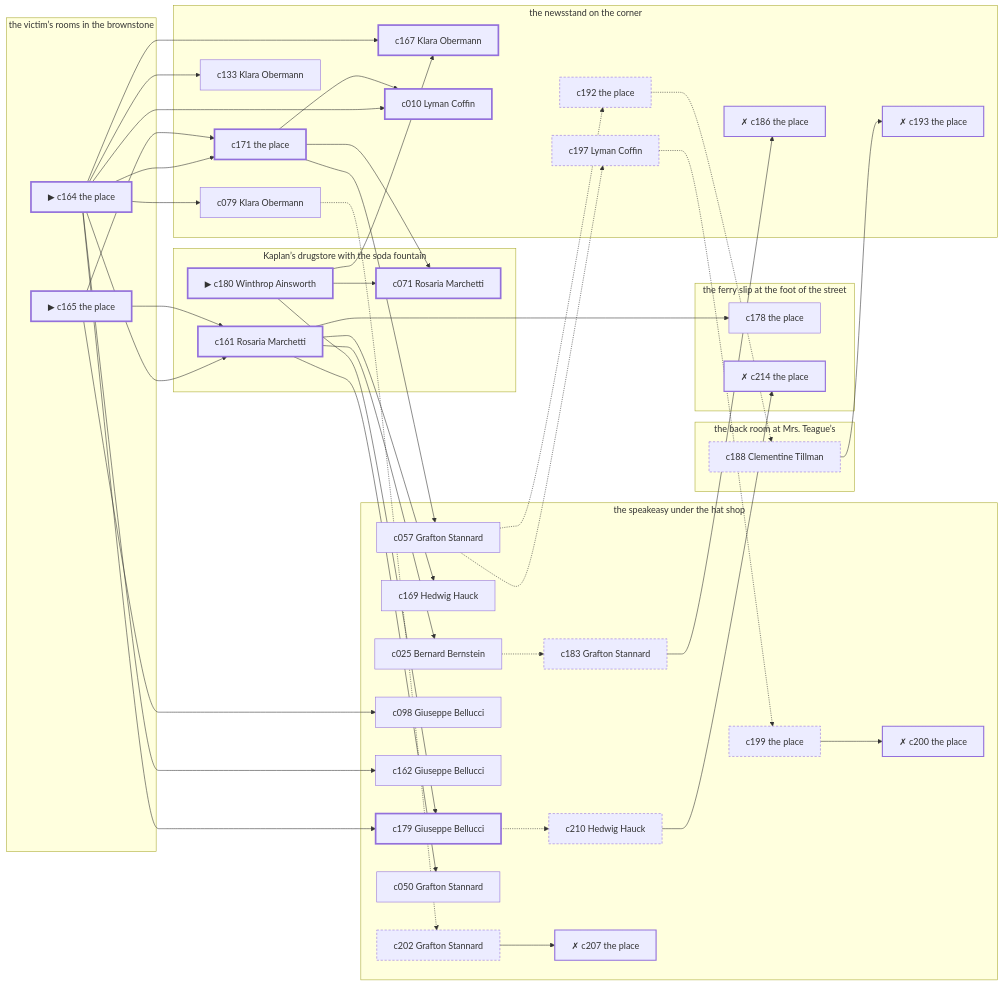
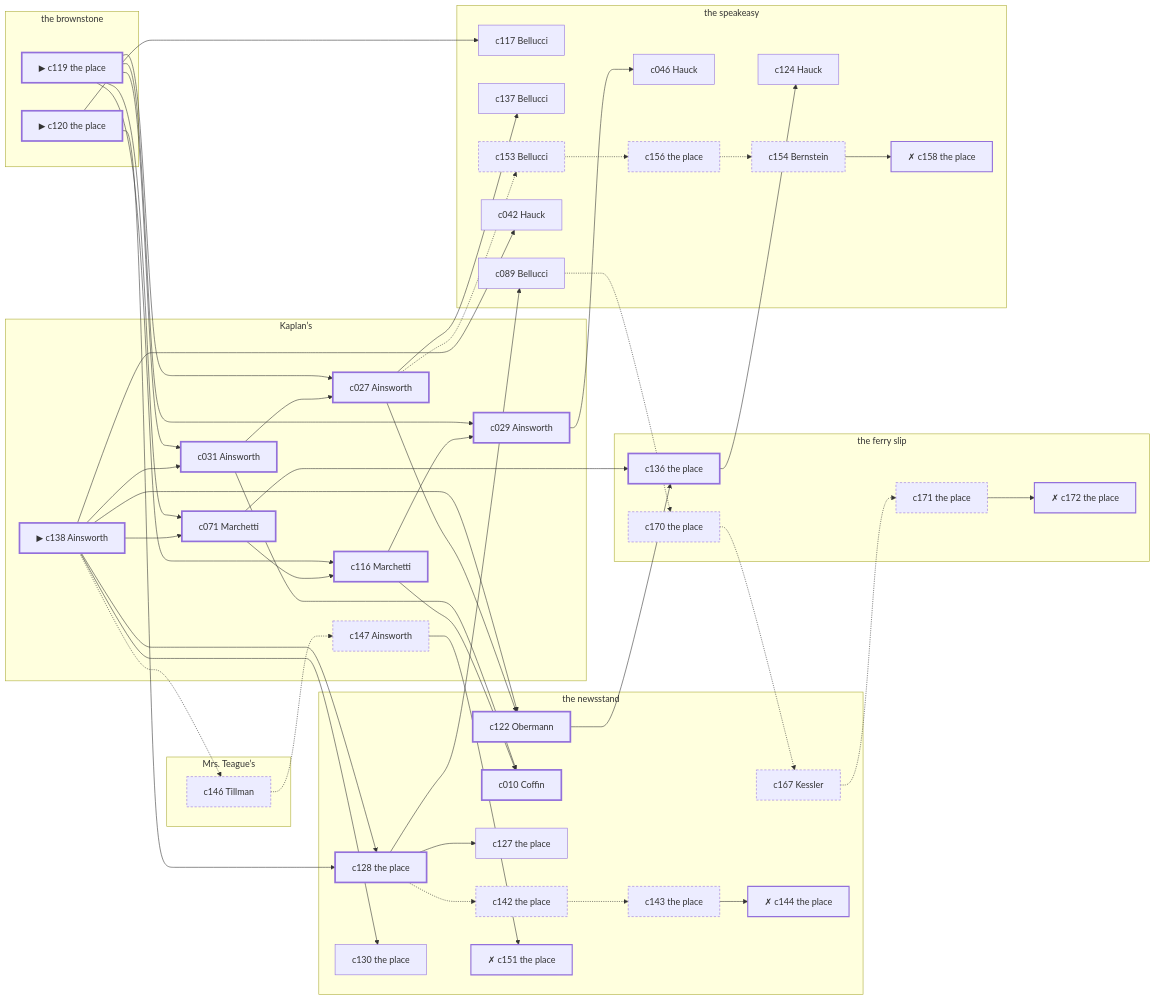
The diagram in docs/samples/case-6.md (lyamshin/dashiell), drawn with Mermaid before and after one commit. The commit also changed other lines of this file and 60 other files, not shown here.

````diff
--- a/docs/samples/case-6.md
+++ b/docs/samples/case-6.md
@@ -305,86 +317,97 @@
 ```mermaid
 graph LR
-  subgraph P1["Kaplan’s drugstore with the soda fountain"]
-    c180["▶ c180 Winthrop Ainsworth"]
-    c071["c071 Rosaria Marchetti"]
-    c161["c161 Rosaria Marchetti"]
+  subgraph P1["Kaplan’s"]
+    c138["▶ c138 Ainsworth"]
+    c031["c031 Ainsworth"]
+    c027["c027 Ainsworth"]
+    c071["c071 Marchetti"]
+    c116["c116 Marchetti"]
+    c029["c029 Ainsworth"]
+    c147["c147 Ainsworth"]
   end
-  subgraph P2["the newsstand on the corner"]
+  subgraph P2["the newsstand"]
+    c122["c122 Obermann"]
+    c128["c128 the place"]
+    c010["c010 Coffin"]
+    c130["c130 the place"]
+    c127["c127 the place"]
+    c167["c167 Kessler"]
+    c142["c142 the place"]
+    c143["c143 the place"]
+    c144["✗ c144 the place"]
+    c151["✗ c151 the place"]
+  end
+  subgraph P3["Mrs. Teague’s"]
+    c146["c146 Tillman"]
+  end
+  subgraph P4["the brownstone"]
+    c119["▶ c119 the place"]
+    c120["▶ c120 the place"]
+  end
+  subgraph P5["the ferry slip"]
+    c136["c136 the place"]
+    c170["c170 the place"]
     c171["c171 the place"]
-    c167["c167 Klara Obermann"]
-    c010["c010 Lyman Coffin"]
-    c133["c133 Klara Obermann"]
-    c079["c079 Klara Obermann"]
-    c186["✗ c186 the place"]
-    c192["c192 the place"]
-    c193["✗ c193 the place"]
-    c197["c197 Lyman Coffin"]
+    c172["✗ c172 the place"]
   end
-  subgraph P3["the back room at Mrs. Teague’s"]
-    c188["c188 Clementine Tillman"]
+  subgraph P6["the speakeasy"]
+    c046["c046 Hauck"]
+    c117["c117 Bellucci"]
+    c124["c124 Hauck"]
+    c137["c137 Bellucci"]
+    c089["c089 Bellucci"]
+    c042["c042 Hauck"]
+    c153["c153 Bellucci"]
+    c156["c156 the place"]
+    c154["c154 Bernstein"]
+    c158["✗ c158 the place"]
   end
-  subgraph P4["the victim’s rooms in the brownstone"]
-    c164["▶ c164 the place"]
-    c165["▶ c165 the place"]
-  end
-  subgraph P5["the ferry slip at the foot of the street"]
-    c178["c178 the place"]
-    c214["✗ c214 the place"]
-  end
-  subgraph P6["the speakeasy under the hat shop"]
-    c179["c179 Giuseppe Bellucci"]
-    c169["c169 Hedwig Hauck"]
-    c057["c057 Grafton Stannard"]
-    c098["c098 Giuseppe Bellucci"]
-    c162["c162 Giuseppe Bellucci"]
-    c025["c025 Bernard Bernstein"]
-    c050["c050 Grafton Stannard"]
-    c183["c183 Grafton Stannard"]
-    c210["c210 Hedwig Hauck"]
-    c199["c199 the place"]
-    c200["✗ c200 the place"]
-    c202["c202 Grafton Stannard"]
-    c207["✗ c207 the place"]
-  end
-  c164 --> c171
-  c164 --> c161
-  c164 --> c167
-  c164 --> c010
-  c164 --> c179
-  c164 --> c133
-  c164 --> c162
-  c164 --> c079
-  c165 --> c171
-  c165 --> c161
-  c165 --> c098
-  c180 --> c071
-  c180 --> c167
-  c180 --> c179
-  c171 --> c071
-  c171 --> c010
-  c171 --> c057
-  c161 --> c178
-  c161 --> c169
-  c161 --> c025
-  c161 --> c050
-  c179 -.-> c210
-  c057 -.-> c192
-  c057 -.-> c197
-  c025 -.-> c183
-  c079 -.-> c202
-  c183 --> c186
-  c192 -.-> c188
-  c188 --> c193
-  c210 --> c214
-  c197 -.-> c199
-  c199 --> c200
-  c202 --> c207
+  c119 --> c031
+  c119 --> c027
+  c119 --> c071
+  c119 --> c116
+  c119 --> c029
+  c120 --> c128
+  c120 --> c117
+  c138 --> c031
+  c138 --> c071
+  c138 --> c122
+  c138 --> c128
+  c138 --> c130
+  c138 --> c042
+  c138 -.-> c146
+  c031 --> c027
+  c031 --> c010
+  c027 --> c122
+  c027 --> c137
+  c027 -.-> c153
+  c071 --> c116
+  c071 --> c136
+  c116 --> c029
+  c116 --> c010
+  c029 --> c046
+  c122 --> c136
+  c128 --> c089
+  c128 --> c127
+  c128 -.-> c142
+  c136 --> c124
+  c089 -.-> c170
+  c153 -.-> c156
+  c156 -.-> c154
+  c154 --> c158
+  c170 -.-> c167
+  c167 -.-> c171
+  c171 --> c172
+  c142 -.-> c143
+  c143 --> c144
+  c146 -.-> c147
+  c147 --> c151
   classDef spine stroke-width:3px;
   classDef corrob stroke-width:1px;
   classDef noise stroke-dasharray: 4 3;
   classDef disq stroke-width:2px,stroke-dasharray: 1 0;
-  class c164,c165,c180,c171,c071,c161,c167,c010,c179 spine;
-  class c133,c178,c169,c057,c098,c162,c025,c079,c050 corrob;
-  class c183,c192,c188,c210,c197,c199,c202 noise;
-  class c186,c193,c214,c200,c207 disq;
+  class c119,c120,c138,c031,c027,c071,c116,c029,c122,c128,c010,c136 spine;
+  class c046,c117,c124,c137,c089,c130,c127,c042 corrob;
+  class c153,c156,c154,c170,c167,c171,c142,c143,c146,c147 noise;
+  class c158,c172,c144,c151 disq;
 ```
````
